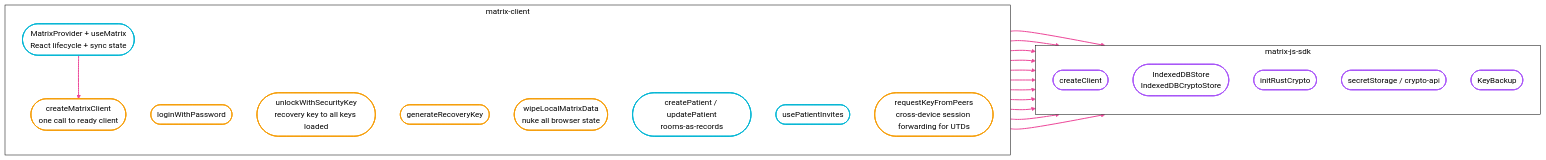
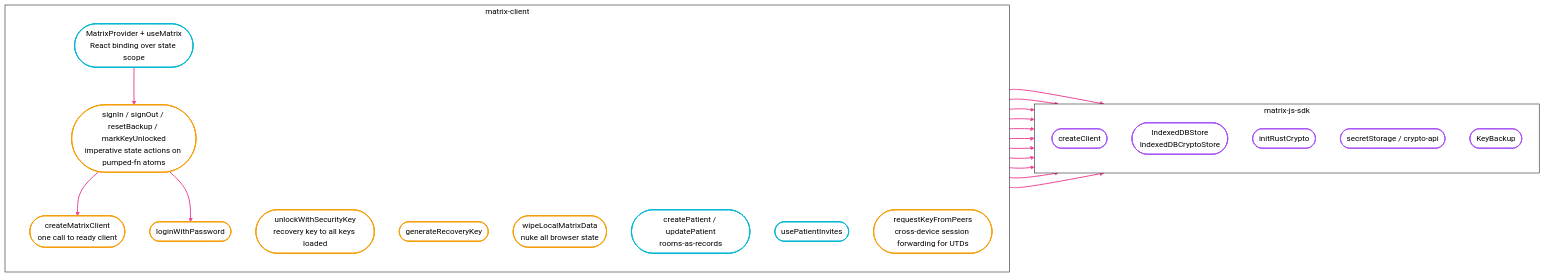
One commit to tini-works/e2ee-exploration changed the first of 5 diagrams in packages/matrix-client/README.md. Above: the diagram before and after it, drawn with Mermaid. The commit also changed 21 other files, not shown here.

First line of the commit message:
feat(matrix-client): add pumped-fn state layer

````diff
--- a/packages/matrix-client/README.md
+++ b/packages/matrix-client/README.md
@@ -7,43 +7,46 @@
 ```mermaid
 %%{init: {'theme':'base','themeVariables':{'background':'#ffffff','primaryColor':'#ffffff','primaryTextColor':'#000000','primaryBorderColor':'#000000','lineColor':'#ec4899','clusterBkg':'#ffffff','clusterBorder':'#000000','fontFamily':'system-ui'}}}%%
 flowchart LR
   subgraph PKG["matrix-client"]
     direction TB
     B1(["createMatrixClient<br/>one call to ready client"]):::orange
     B2(["loginWithPassword"]):::orange
     B3(["unlockWithSecurityKey<br/>recovery key to all keys loaded"]):::orange
     B4(["generateRecoveryKey"]):::orange
     B5(["wipeLocalMatrixData<br/>nuke all browser state"]):::orange
-    B6(["MatrixProvider + useMatrix<br/>React lifecycle + sync state"]):::cyan
+    B6(["MatrixProvider + useMatrix<br/>React binding over state scope"]):::cyan
     B7(["createPatient / updatePatient<br/>rooms-as-records"]):::cyan
     B8(["usePatientInvites"]):::cyan
     B9(["requestKeyFromPeers<br/>cross-device session forwarding for UTDs"]):::orange
+    B10(["signIn / signOut / resetBackup / markKeyUnlocked<br/>imperative state actions on pumped-fn atoms"]):::orange
   end
 
   subgraph SDK["matrix-js-sdk"]
     direction TB
     A1(["createClient"]):::purple
     A2(["IndexedDBStore<br/>IndexedDBCryptoStore"]):::purple
     A3(["initRustCrypto"]):::purple
     A4(["secretStorage / crypto-api"]):::purple
     A5(["KeyBackup"]):::purple
   end
 
   B1 --> A1
   B1 --> A2
   B1 --> A3
   B1 --> A5
   B2 --> A1
   B3 --> A4
   B3 --> A5
   B4 --> A4
   B7 --> A1
-  B6 --> B1
+  B6 --> B10
+  B10 --> B1
+  B10 --> B2
   B9 --> A4
   B9 --> A1
 
   classDef orange fill:#ffffff,stroke:#f59e0b,stroke-width:2px,color:#000000
   classDef cyan fill:#ffffff,stroke:#06b6d4,stroke-width:2px,color:#000000
   classDef purple fill:#ffffff,stroke:#a855f7,stroke-width:2px,color:#000000
   linkStyle default stroke:#ec4899,stroke-width:2px
 ```
````
